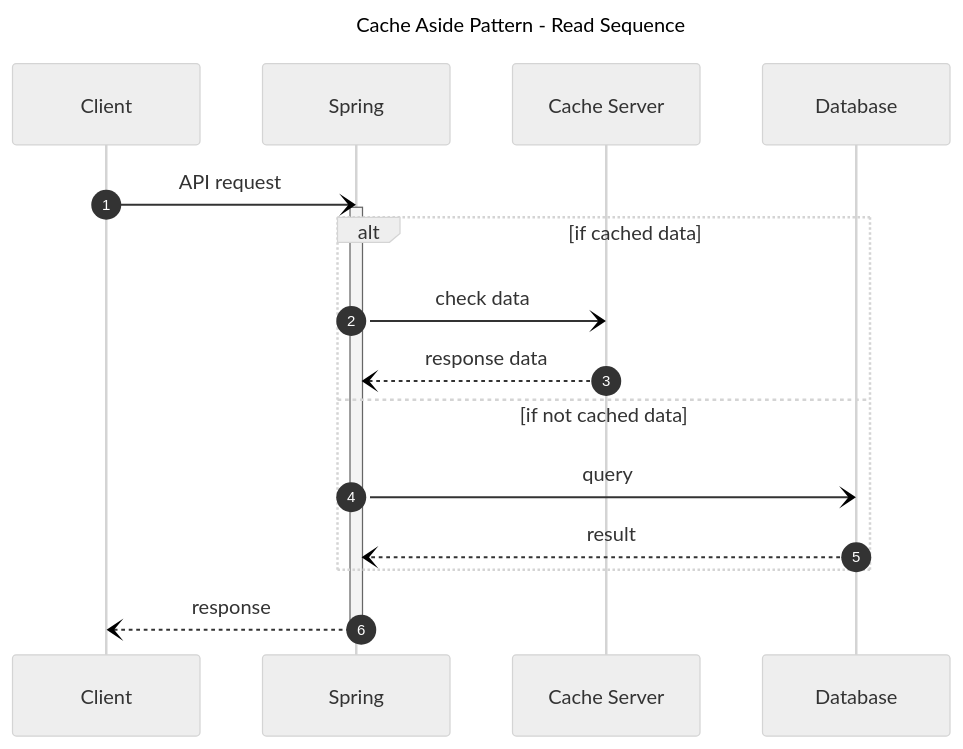
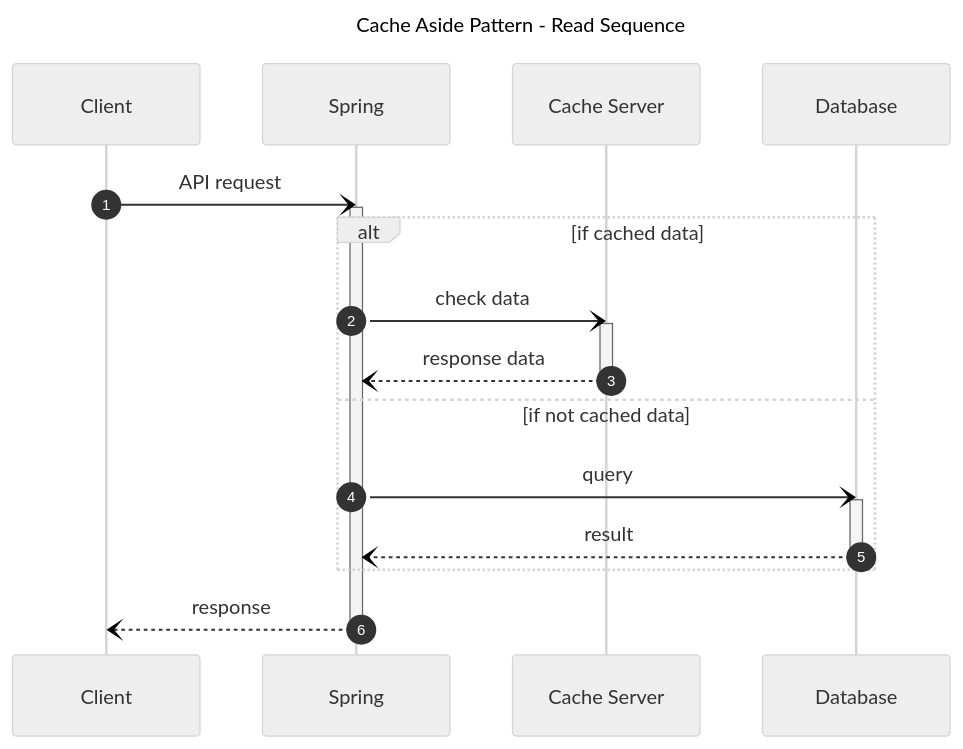
Before and after one commit to djccnt15/djccnt15.github.io: the second of 2 diagrams in docs/portfolio/spring-board.md, drawn with Mermaid.

Commit message:
minor fixes for code convention

````diff
--- a/docs/portfolio/spring-board.md
+++ b/docs/portfolio/spring-board.md
@@ -256,20 +256,24 @@
 ```mermaid
 ---
 title: Cache Aside Pattern - Read Sequence
 config:
     theme: 'neutral'
 ---
 sequenceDiagram
     autonumber
     Client -) Spring: API request
     activate Spring
     alt if cached data
         Spring -) Cache Server: check data
+        activate Cache Server
         Cache Server --) Spring: response data
+        deactivate Cache Server
     else if not cached data
         Spring -) Database: query
+        activate Database
         Database --) Spring: result
+        deactivate Database
     end
     Spring --) Client: response
     deactivate Spring
 ```
````
